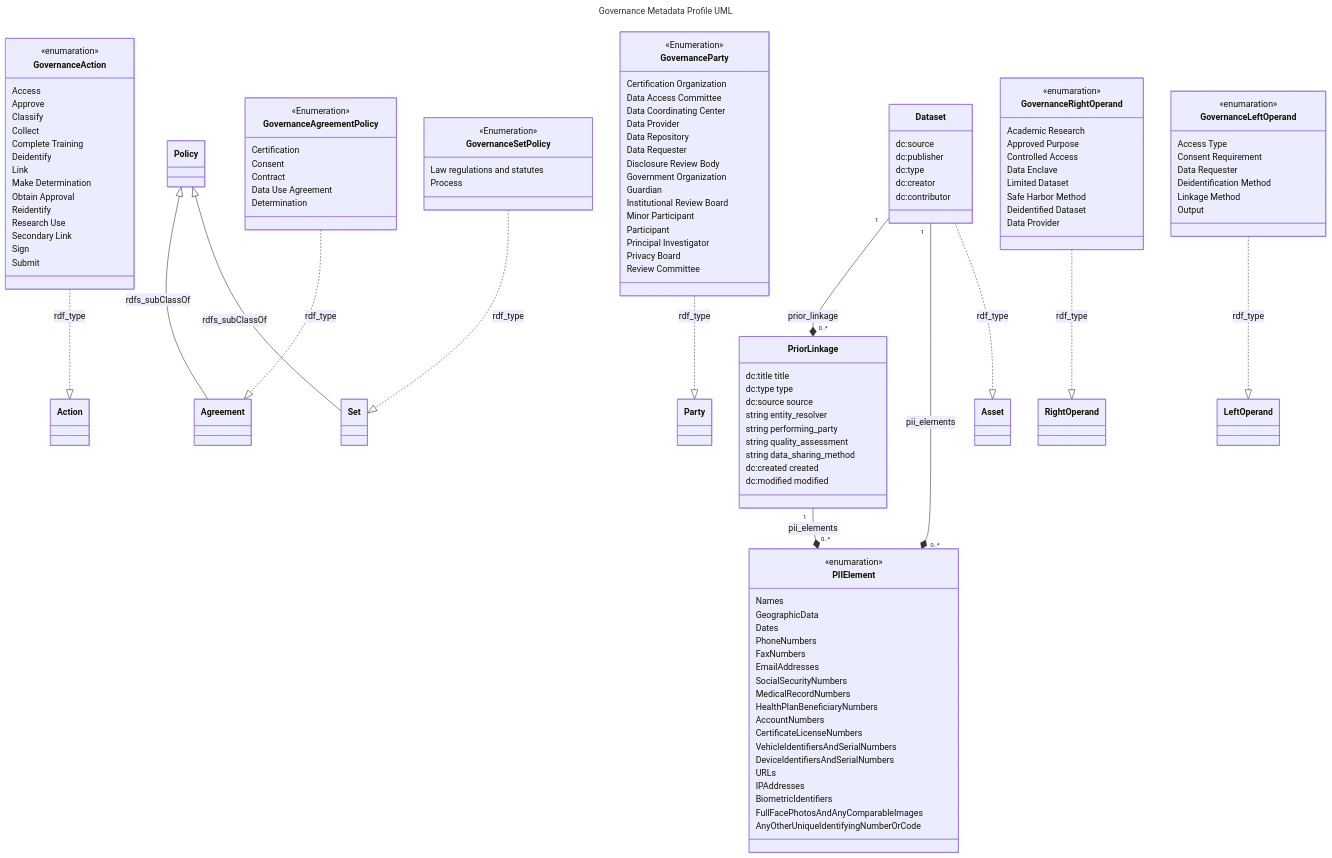
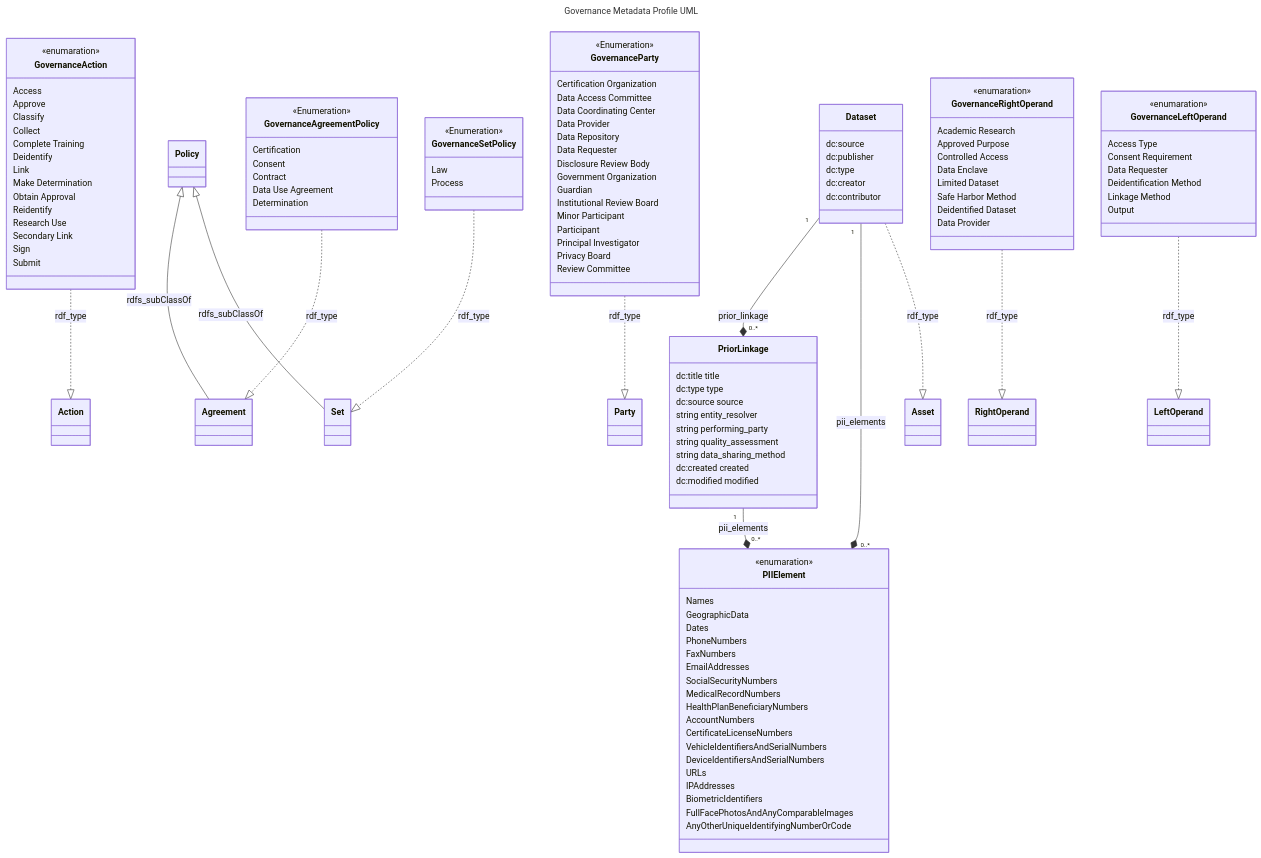
One commit to NIH-NICHD/Data-Linkage-Governance changed the third of 4 diagrams in MetadataSchema/README.md. Above: the diagram before and after it, drawn with Mermaid.

Commit message:
Minor update to diagram

```diff
--- a/MetadataSchema/README.md
+++ b/MetadataSchema/README.md
@@ -277,7 +277,7 @@
 
     class GovernanceSetPolicy{
         <<Enumeration>>
-        Law regulations and statutes
+        Law
         Process    
     }
 
```
